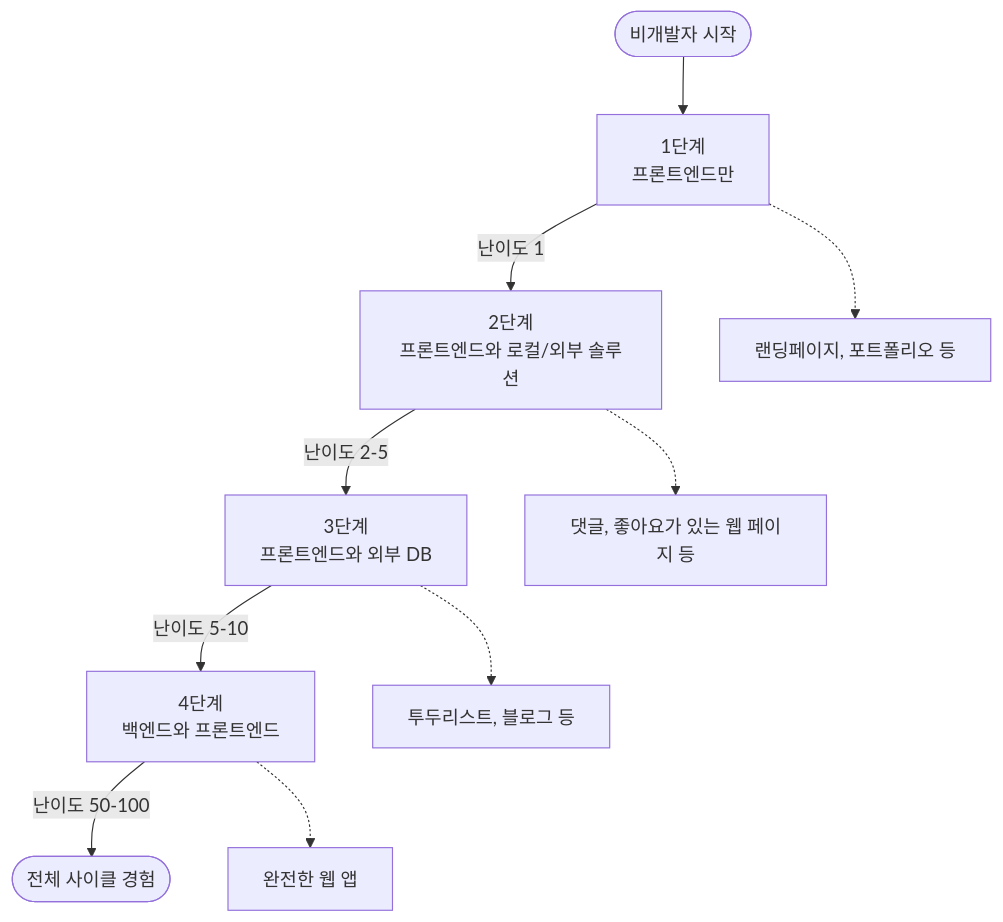
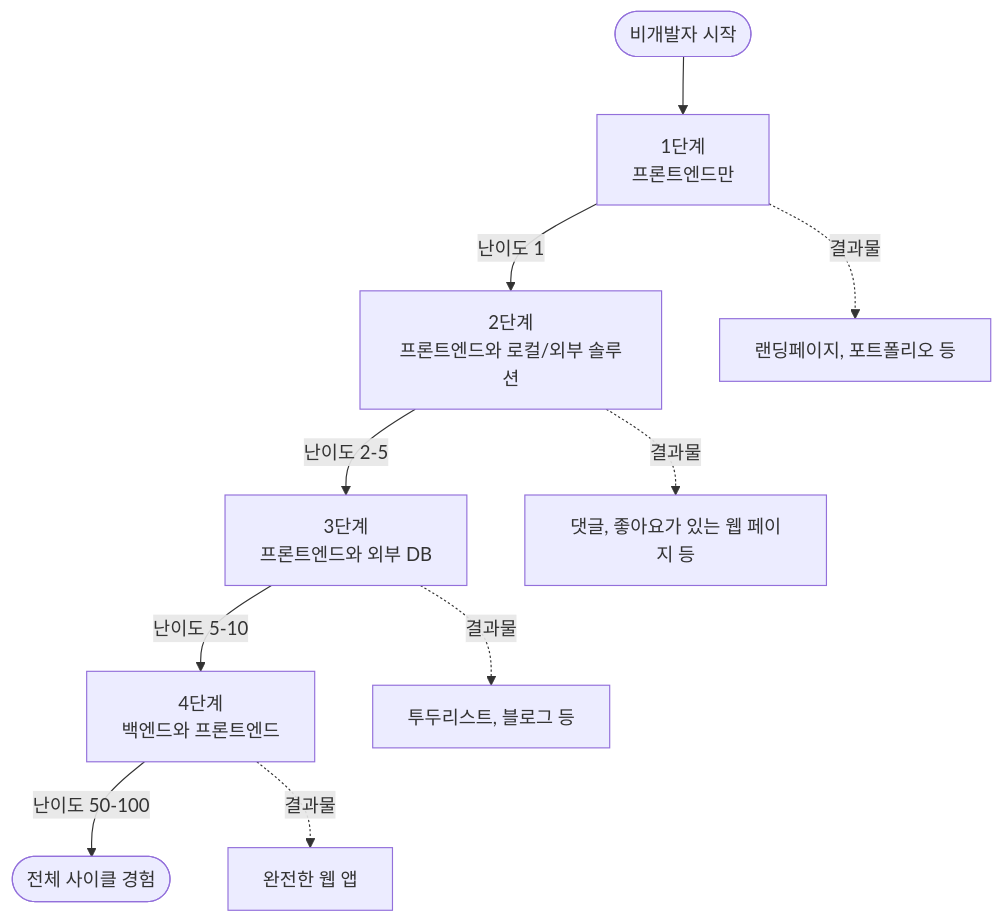
The seventh of 8 diagrams in _md/essentials-vibecoding/chapter01/01-1.md (nugurejeil/weniVooks), drawn with Mermaid before and after one commit. The commit also changed other lines of this file, not shown here.

````diff
--- a/_md/essentials-vibecoding/chapter01/01-1.md
+++ b/_md/essentials-vibecoding/chapter01/01-1.md
@@ -211,17 +208,17 @@
 ```mermaid
 graph TD
     Start(["비개발자 시작"]) --> Stage1["1단계<br>프론트엔드만"]
 
     Stage1 --> |"난이도 1"| Stage2["2단계<br>프론트엔드와 로컬/외부 솔루션"]
 
     Stage2 --> |"난이도 2-5"| Stage3["3단계<br>프론트엔드와 외부 DB"]
 
     Stage3 --> |"난이도 5-10"| Stage4["4단계<br>백엔드와 프론트엔드"]
 
     Stage4 --> |"난이도 50-100"| End(["전체 사이클 경험"])
 
-    Stage1 -.-> S1Detail["랜딩페이지, 포트폴리오 등"]
-    Stage2 -.-> S2Detail["댓글, 좋아요가 있는 웹 페이지 등"]
-    Stage3 -.-> S3Detail["투두리스트, 블로그 등"]
-    Stage4 -.-> S4Detail["완전한 웹 앱"]
+    Stage1 -.-> |"결과물"| S1Detail["랜딩페이지, 포트폴리오 등"]
+    Stage2 -.-> |"결과물"| S2Detail["댓글, 좋아요가 있는 웹 페이지 등"]
+    Stage3 -.-> |"결과물"| S3Detail["투두리스트, 블로그 등"]
+    Stage4 -.-> |"결과물"| S4Detail["완전한 웹 앱"]
 ```
````
